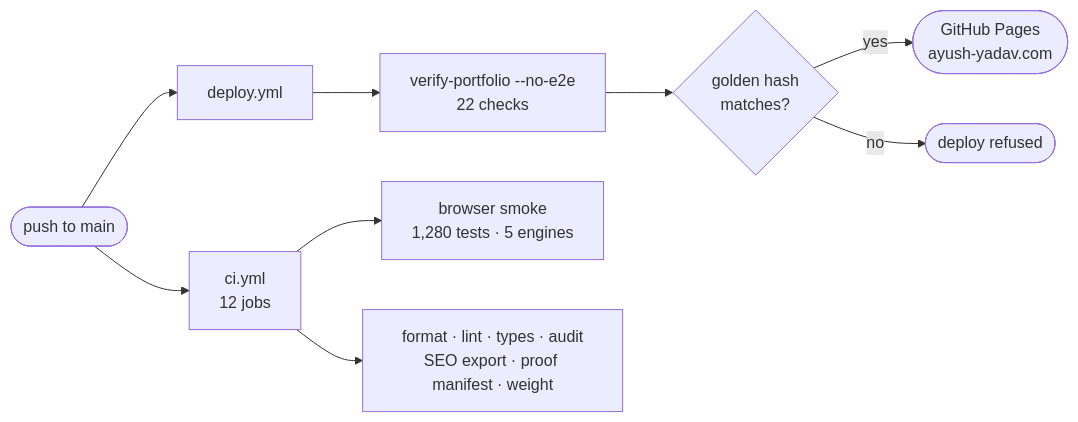
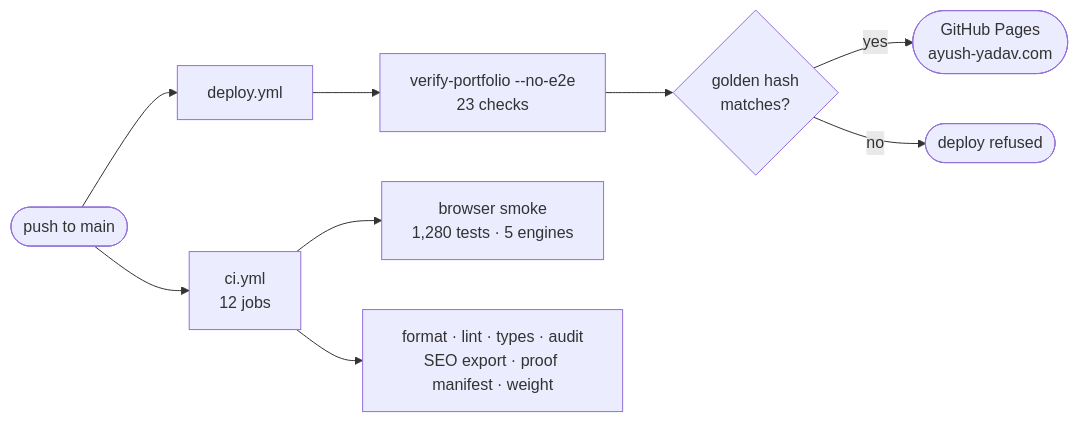
The third of 3 diagrams in README.md (yadava5/Portfolio-2.0), drawn with Mermaid before and after one commit. The commit also changed other lines of this file and 3 other files, not shown here.

````diff
--- a/README.md
+++ b/README.md
@@ -145,10 +145,10 @@
 ```mermaid
 flowchart LR
   push(["push to main"]) --> ci["ci.yml<br/>12 jobs"]
   push --> deploy["deploy.yml"]
-  deploy --> v["verify-portfolio --no-e2e<br/>22 checks"] --> golden{"golden hash<br/>matches?"}
+  deploy --> v["verify-portfolio --no-e2e<br/>23 checks"] --> golden{"golden hash<br/>matches?"}
   golden -->|yes| pages(["GitHub Pages<br/>ayush-yadav.com"])
   golden -->|no| stop(["deploy refused"])
   ci --> smoke["browser smoke<br/>1,280 tests · 5 engines"]
   ci --> other["format · lint · types · audit<br/>SEO export · proof manifest · weight"]
 ```
````
